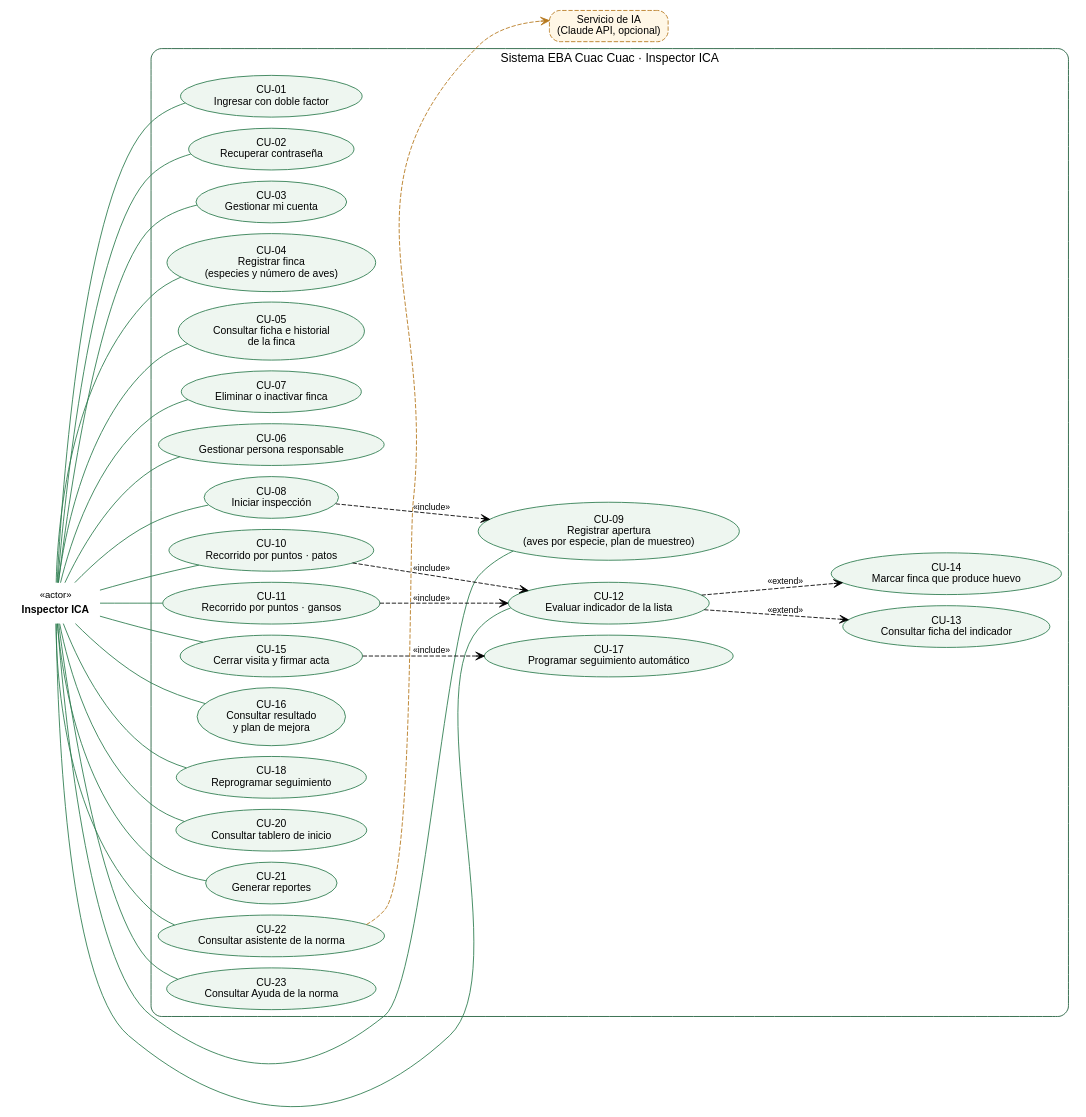
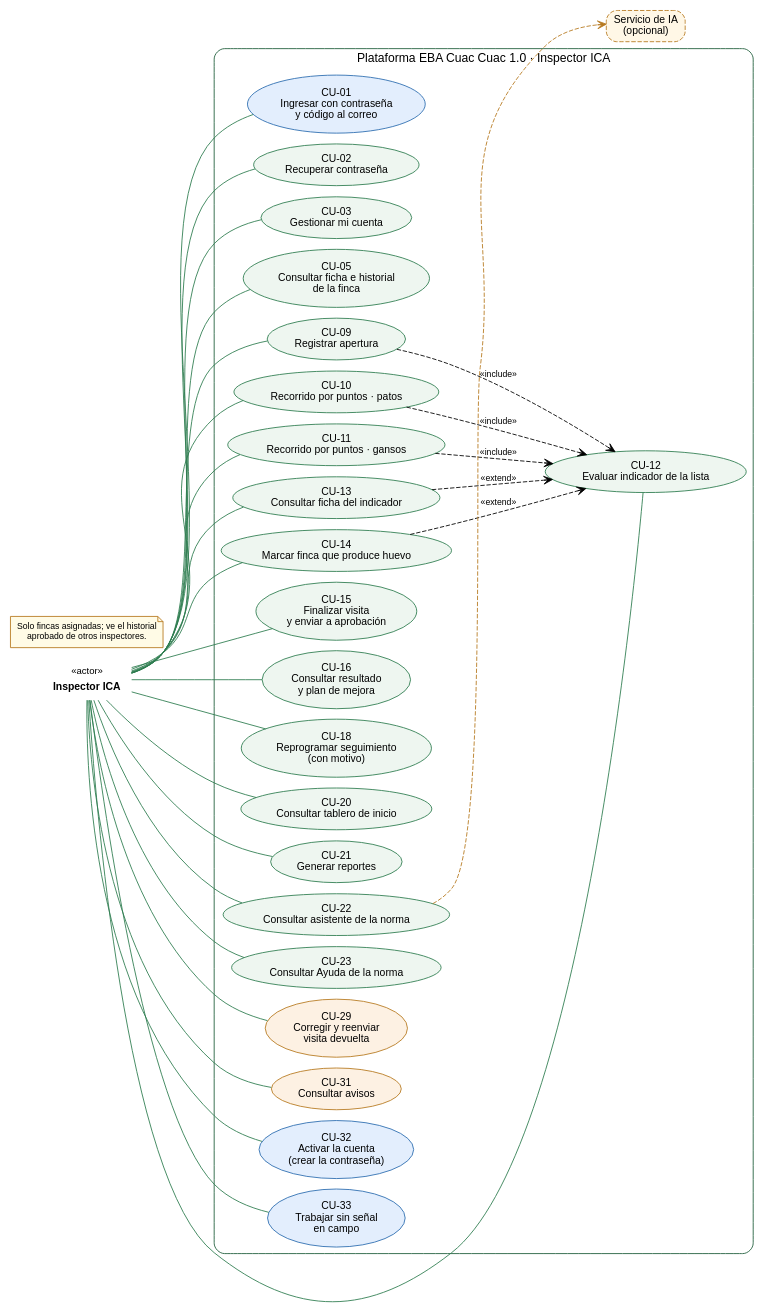
The diagram in codigo/docs/uml/fuentes/cu_01_inspector.dot (luisalejandroavilacastillo-stack/EBA_Cuac_Cuac), drawn with Graphviz before and after one commit. The commit also changed 388 other files, not shown here.

```diff
--- a/codigo/docs/uml/fuentes/cu_01_inspector.dot
+++ b/codigo/docs/uml/fuentes/cu_01_inspector.dot
@@ -1,57 +1,58 @@
 digraph G {
 rankdir=LR; nodesep=0.18; ranksep=0.9; fontname="Arial"; bgcolor="white";
 node [fontname="Arial", fontsize=12]; edge [fontname="Arial", fontsize=10, arrowhead=none, color="#2e7d4f"];
 A [shape=none, label=<<table border="0"><tr><td><font point-size="11" color="#555">«actor»</font></td></tr><tr><td><b>Inspector ICA</b></td></tr></table>>];
-subgraph cluster_s { label="Sistema EBA Cuac Cuac · Inspector ICA"; style="rounded"; color="#1f5d3a"; fontsize=14;
+subgraph cluster_s { label="Plataforma EBA Cuac Cuac 1.0 · Inspector ICA"; style="rounded"; color="#1f5d3a"; fontsize=14;
 node [shape=ellipse, style=filled, fillcolor="#eef6f0", color="#2e7d4f"];
-C1 [label="CU-01\nIngresar con doble factor"];
+C1 [label="CU-01\nIngresar con contraseña\ny código al correo", fillcolor="#e3eefd", color="#2b6cb0"];
 C2 [label="CU-02\nRecuperar contraseña"];
 C3 [label="CU-03\nGestionar mi cuenta"];
-C4 [label="CU-04\nRegistrar finca\n(especies y número de aves)"];
 C5 [label="CU-05\nConsultar ficha e historial\nde la finca"];
-C7 [label="CU-07\nEliminar o inactivar finca"];
-C6 [label="CU-06\nGestionar persona responsable"];
-C8 [label="CU-08\nIniciar inspección"];
-C9 [label="CU-09\nRegistrar apertura\n(aves por especie, plan de muestreo)"];
+C9 [label="CU-09\nRegistrar apertura"];
 C10 [label="CU-10\nRecorrido por puntos · patos"];
 C11 [label="CU-11\nRecorrido por puntos · gansos"];
 C12 [label="CU-12\nEvaluar indicador de la lista"];
 C13 [label="CU-13\nConsultar ficha del indicador"];
 C14 [label="CU-14\nMarcar finca que produce huevo"];
-C15 [label="CU-15\nCerrar visita y firmar acta"];
+C15 [label="CU-15\nFinalizar visita\ny enviar a aprobación"];
 C16 [label="CU-16\nConsultar resultado\ny plan de mejora"];
-C17 [label="CU-17\nProgramar seguimiento automático"];
-C18 [label="CU-18\nReprogramar seguimiento"];
+C18 [label="CU-18\nReprogramar seguimiento\n(con motivo)"];
 C20 [label="CU-20\nConsultar tablero de inicio"];
 C21 [label="CU-21\nGenerar reportes"];
 C22 [label="CU-22\nConsultar asistente de la norma"];
 C23 [label="CU-23\nConsultar Ayuda de la norma"];
+C29 [label="CU-29\nCorregir y reenviar\nvisita devuelta", fillcolor="#fdf1e3", color="#b7791f"];
+C31 [label="CU-31\nConsultar avisos", fillcolor="#fdf1e3", color="#b7791f"];
+C32 [label="CU-32\nActivar la cuenta\n(crear la contraseña)", fillcolor="#e3eefd", color="#2b6cb0"];
+C33 [label="CU-33\nTrabajar sin señal\nen campo", fillcolor="#e3eefd", color="#2b6cb0"];
 }
+A -> C32;
+A -> C33;
 A -> C1;
 A -> C2;
 A -> C3;
-A -> C4;
 A -> C5;
-A -> C6;
-A -> C7;
-A -> C8;
 A -> C9;
 A -> C10;
 A -> C11;
 A -> C12;
+A -> C13;
+A -> C14;
 A -> C15;
 A -> C16;
 A -> C18;
 A -> C20;
 A -> C21;
 A -> C22;
 A -> C23;
-C8 -> C9 [style=dashed, arrowhead=vee, label="«include»", color="#666"];
+A -> C29;
+A -> C31;
+C9 -> C12 [style=dashed, arrowhead=vee, label="«include»", color="#666"];
 C10 -> C12 [style=dashed, arrowhead=vee, label="«include»", color="#666"];
 C11 -> C12 [style=dashed, arrowhead=vee, label="«include»", color="#666"];
-C12 -> C13 [style=dashed, arrowhead=vee, label="«extend»", color="#666"];
-C12 -> C14 [style=dashed, arrowhead=vee, label="«extend»", color="#666"];
-C15 -> C17 [style=dashed, arrowhead=vee, label="«include»", color="#666"];
-IA [shape=box, style="rounded,dashed,filled", fillcolor="#fff7e6", color="#b7791f", label="Servicio de IA\n(Claude API, opcional)"];
+C13 -> C12 [style=dashed, arrowhead=vee, label="«extend»", color="#666"];
+C14 -> C12 [style=dashed, arrowhead=vee, label="«extend»", color="#666"];
+IA [shape=box, style="rounded,dashed,filled", fillcolor="#fff7e6", color="#b7791f", label="Servicio de IA\n(opcional)"];
 C22 -> IA [style=dashed, arrowhead=vee, color="#b7791f"];
+N [shape=note, style=filled, fillcolor="#fffbe6", color="#b7791f", fontsize=10, label="Solo fincas asignadas; ve el historial\naprobado de otros inspectores."];
 }
```
